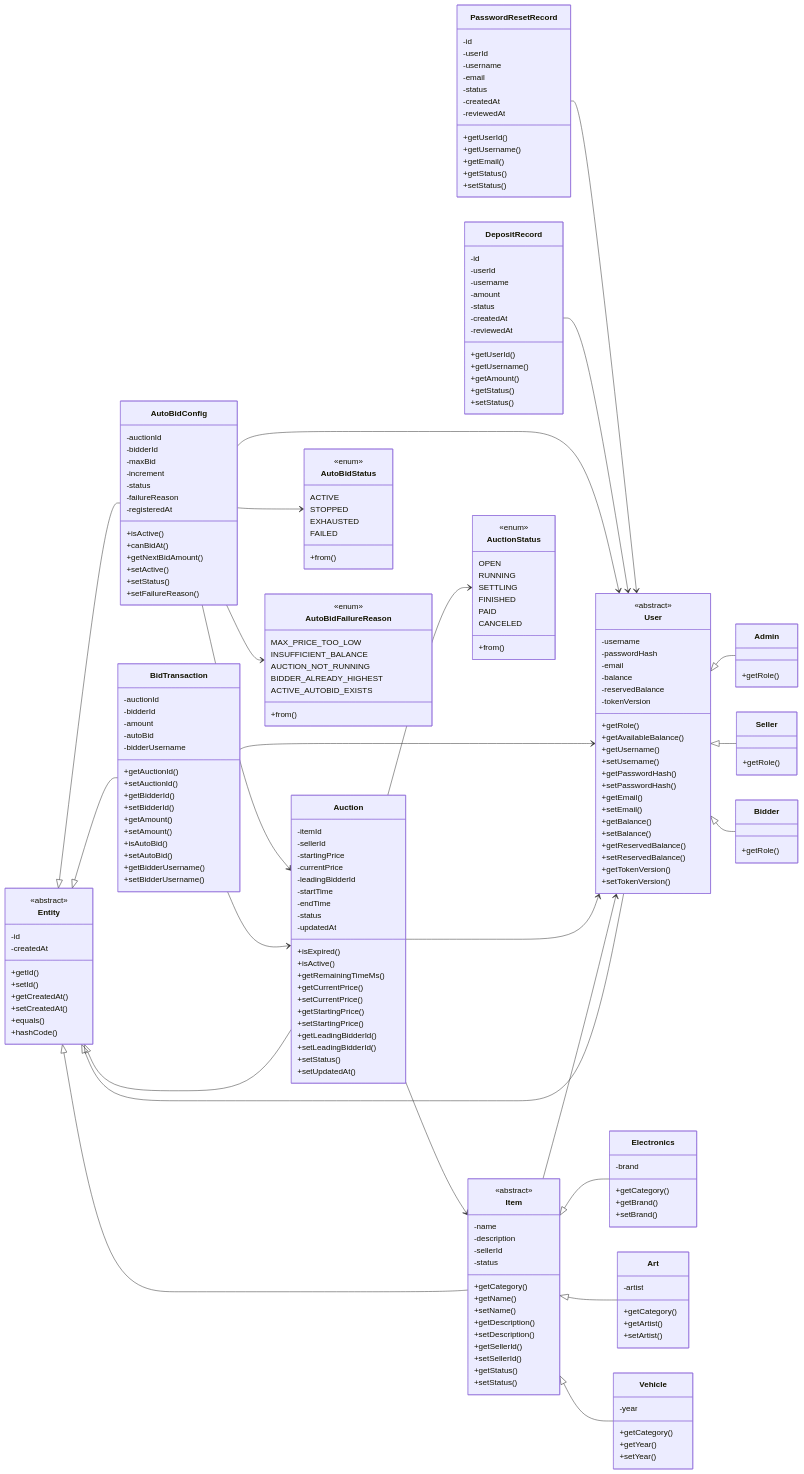
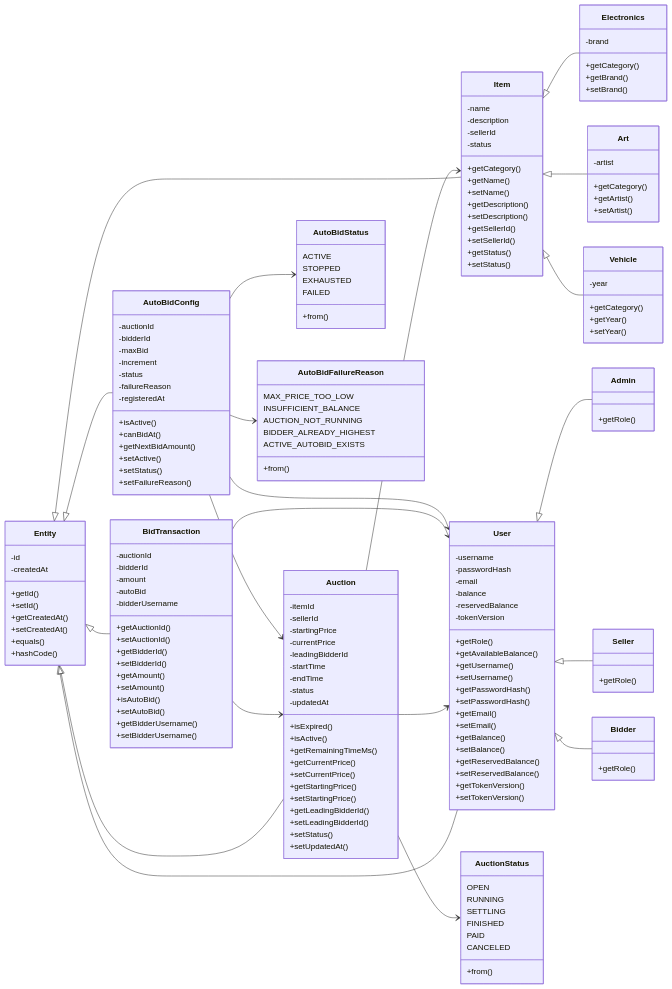
The fourth of 8 diagrams in README.md (kieran-lucas/oop-course-project-uet), drawn with Mermaid before and after one commit. The commit also changed other lines of this file, not shown here.

Commit message:
docs: fix README mermaid diagrams and evaluator run path

````diff
--- a/README.md
+++ b/README.md
@@ -1052,7 +714,6 @@
     direction LR
 
     class Entity {
-        <<abstract>>
         -id
         -createdAt
         +getId()
@@ -1064,7 +725,6 @@
     }
 
     class User {
-        <<abstract>>
         -username
         -passwordHash
         -email
@@ -1100,7 +760,6 @@
     }
 
     class Item {
-        <<abstract>>
         -name
         -description
         -sellerId
@@ -1194,38 +853,7 @@
         +setFailureReason()
     }
 
-    class DepositRecord {
-        -id
-        -userId
-        -username
-        -amount
-        -status
-        -createdAt
-        -reviewedAt
-        +getUserId()
-        +getUsername()
-        +getAmount()
-        +getStatus()
-        +setStatus()
-    }
-
-    class PasswordResetRecord {
-        -id
-        -userId
-        -username
-        -email
-        -status
-        -createdAt
-        -reviewedAt
-        +getUserId()
-        +getUsername()
-        +getEmail()
-        +getStatus()
-        +setStatus()
-    }
-
     class AuctionStatus {
-        <<enum>>
         OPEN
         RUNNING
         SETTLING
@@ -1236,7 +864,6 @@
     }
 
     class AutoBidStatus {
-        <<enum>>
         ACTIVE
         STOPPED
         EXHAUSTED
@@ -1245,7 +872,6 @@
     }
 
     class AutoBidFailureReason {
-        <<enum>>
         MAX_PRICE_TOO_LOW
         INSUFFICIENT_BALANCE
         AUCTION_NOT_RUNNING
@@ -1265,16 +891,13 @@
     Entity <|-- Auction
     Entity <|-- BidTransaction
     Entity <|-- AutoBidConfig
-    Item --> User
+    Auction --> AuctionStatus
+    AutoBidConfig --> AutoBidStatus
+    AutoBidConfig --> AutoBidFailureReason
     Auction --> Item
     Auction --> User
-    Auction --> AuctionStatus
     BidTransaction --> Auction
     BidTransaction --> User
     AutoBidConfig --> Auction
     AutoBidConfig --> User
-    AutoBidConfig --> AutoBidStatus
-    AutoBidConfig --> AutoBidFailureReason
-    DepositRecord --> User
-    PasswordResetRecord --> User
 ```
````
